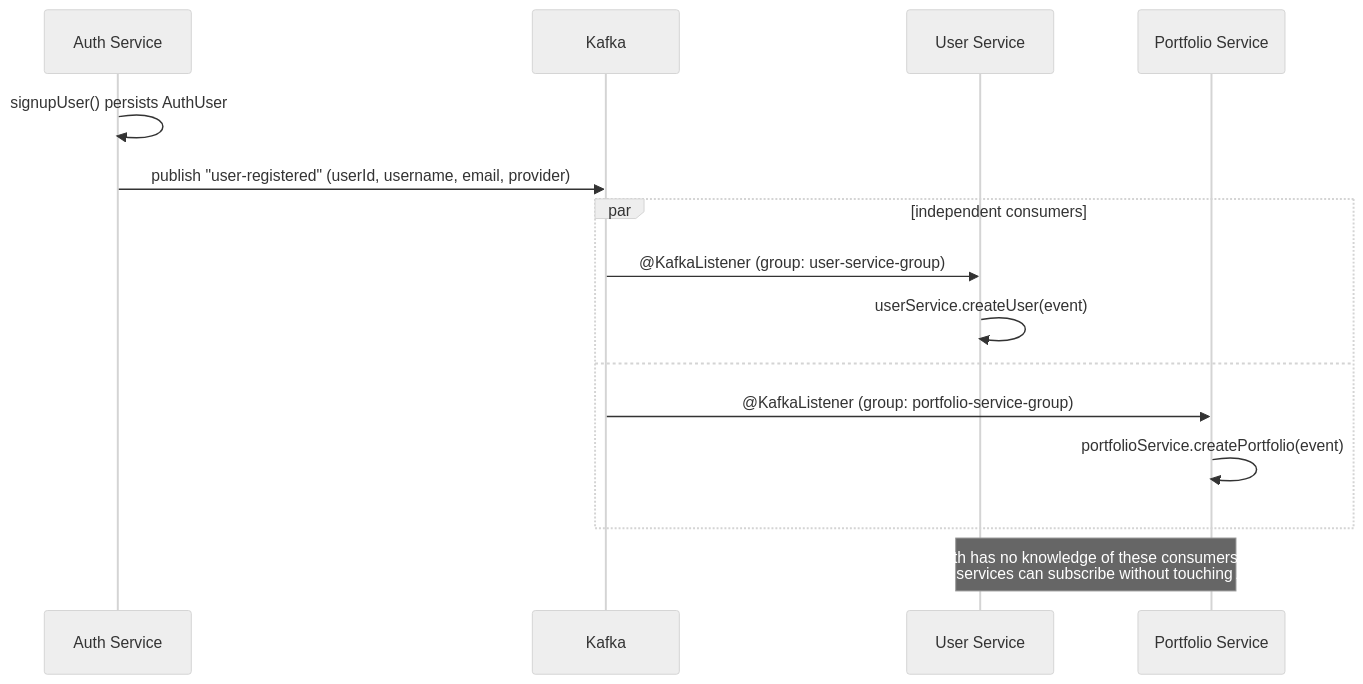
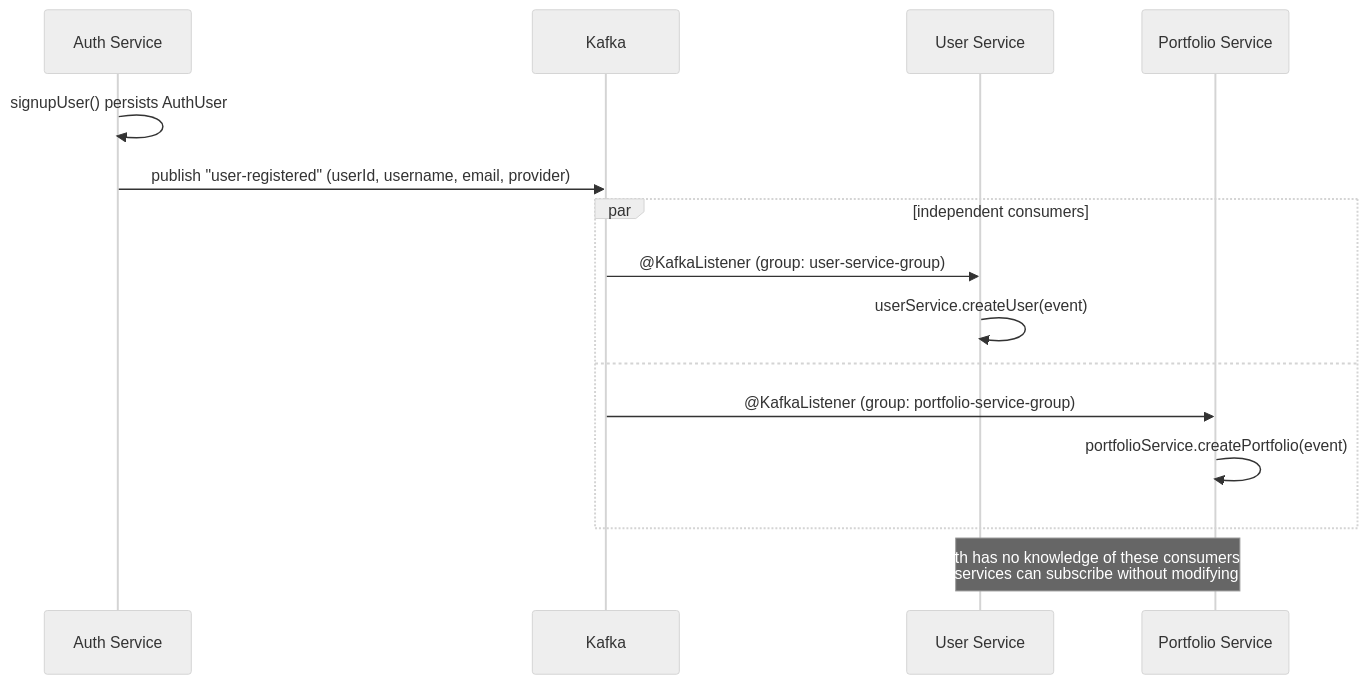
One commit to S-Priyadharshan/TradeHub changed the fourth of 4 diagrams in README.md. Above: the diagram before and after it, drawn with Mermaid (neutral theme). The commit also changed other lines of this file, not shown here.

````diff
--- a/README.md
+++ b/README.md
@@ -129,20 +192,20 @@
 ```mermaid
 sequenceDiagram
     participant Auth as Auth Service
     participant Kafka
     participant User as User Service
     participant Portfolio as Portfolio Service
 
     Auth->>Auth: signupUser() persists AuthUser
     Auth->>Kafka: publish "user-registered" (userId, username, email, provider)
 
     par independent consumers
         Kafka->>User: @KafkaListener (group: user-service-group)
         User->>User: userService.createUser(event)
     and
         Kafka->>Portfolio: @KafkaListener (group: portfolio-service-group)
         Portfolio->>Portfolio: portfolioService.createPortfolio(event)
     end
 
-    note over User,Portfolio: Auth has no knowledge of these consumers —<br/>new services can subscribe without touching Auth
+    note over User,Portfolio: Auth has no knowledge of these consumers —<br/>new services can subscribe without modifying Auth
 ```
````
